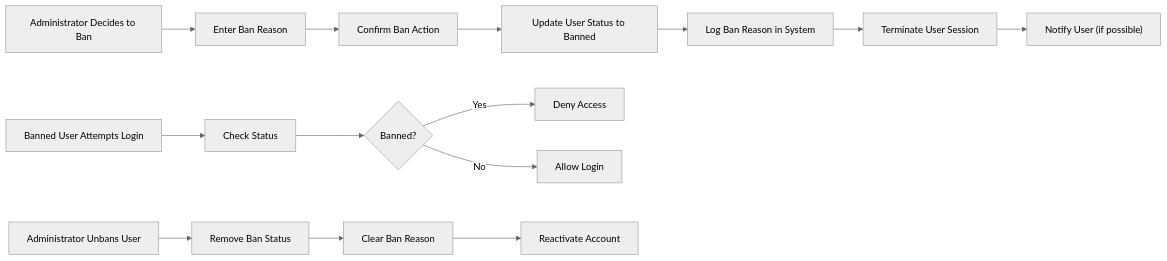
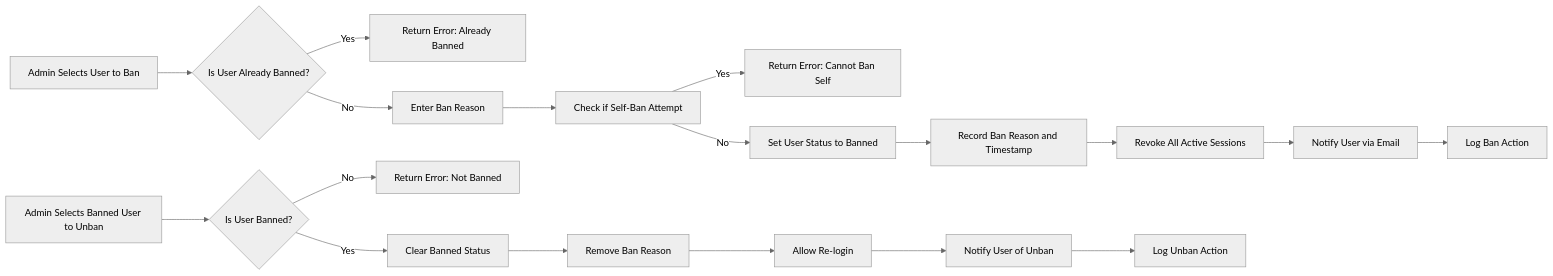
One commit to wrtnlabs/autobe-examples changed the third of 5 diagrams in qwen/qwen3-next-80b-a3b-instruct/bbs/docs/analysis/00-toc.md. Above: the diagram before and after it, drawn with Mermaid (neutral theme). The commit also changed other lines of this file and 11104 other files, not shown here.

````diff
--- a/qwen/qwen3-next-80b-a3b-instruct/bbs/docs/analysis/00-toc.md
+++ b/qwen/qwen3-next-80b-a3b-instruct/bbs/docs/analysis/00-toc.md
@@ -416,16 +386,21 @@
 ```mermaid
 graph LR
-  A["Administrator Decides to Ban"] --> B["Enter Ban Reason"]
-  B --> C["Confirm Ban Action"]
-  C --> D["Update User Status to Banned"]
-  D --> E["Log Ban Reason in System"]
-  E --> F["Terminate User Session"]
-  F --> G["Notify User (if possible)"]
-  H["Banned User Attempts Login"] --> I["Check Status"]
-  I --> J{"Banned?"}
-  J -->|Yes| K["Deny Access"]
-  J -->|No| L["Allow Login"]
-  M["Administrator Unbans User"] --> N["Remove Ban Status"]
-  N --> O["Clear Ban Reason"]
-  O --> P["Reactivate Account"]
+  A["Admin Selects User to Ban"] --> B{"Is User Already Banned?"}
+  B -->|Yes| C["Return Error: Already Banned"]
+  B -->|No| D["Enter Ban Reason"]
+  D --> E["Check if Self-Ban Attempt"]
+  E -->|Yes| F["Return Error: Cannot Ban Self"]
+  E -->|No| G["Set User Status to Banned"]
+  G --> H["Record Ban Reason and Timestamp"]
+  H --> I["Revoke All Active Sessions"]
+  I --> J["Notify User via Email"]
+  J --> K["Log Ban Action"]
+  
+  L["Admin Selects Banned User to Unban"] --> M{"Is User Banned?"}
+  M -->|No| N["Return Error: Not Banned"]
+  M -->|Yes| O["Clear Banned Status"]
+  O --> P["Remove Ban Reason"]
+  P --> Q["Allow Re-login"]
+  Q --> R["Notify User of Unban"]
+  R --> S["Log Unban Action"]
 ```
````
